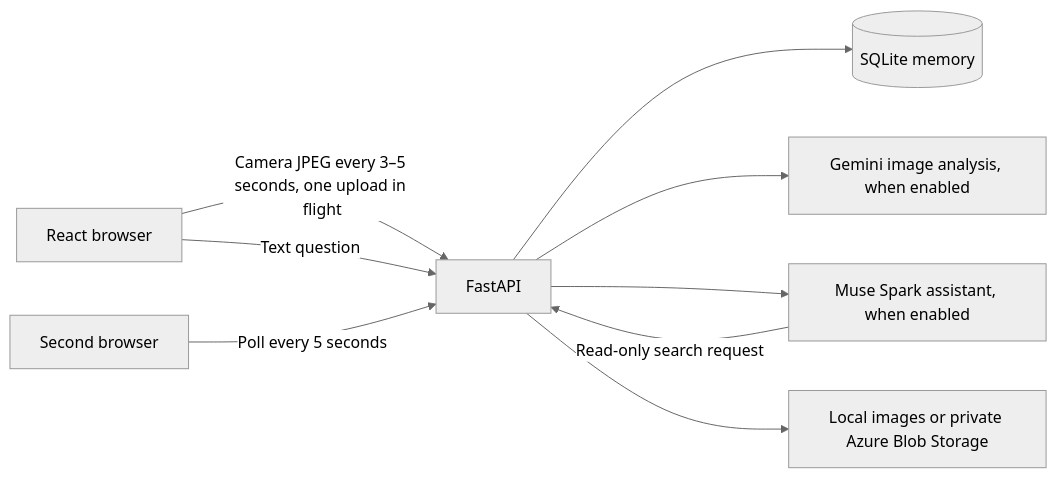
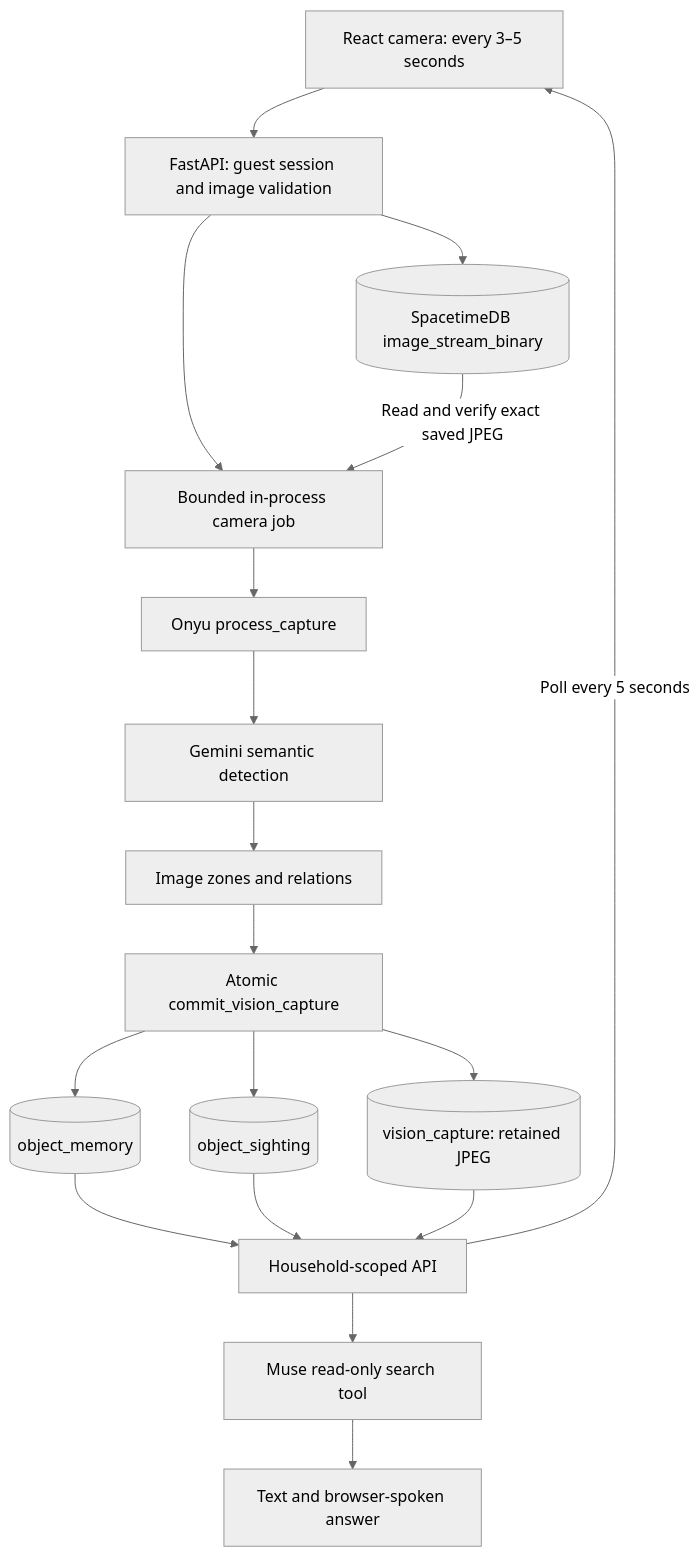
Before and after one commit to preespp/CalHacks_Kyuran_Alex_Pree_Ohn: the diagram in docs/ARCHITECTURE.md, drawn with Mermaid (neutral theme). The commit also changed other lines of this file and 56 other files, not shown here.

````diff
--- a/docs/ARCHITECTURE.md
+++ b/docs/ARCHITECTURE.md
@@ -7,11 +7,20 @@
 ```mermaid
-flowchart LR
-  Phone[React browser] -->|Camera JPEG every 3–5 seconds, one upload in flight| API[FastAPI]
-  API --> DB[(SQLite memory)]
-  API --> Vision[Gemini image analysis, when enabled]
-  Phone -->|Text question| API
-  API --> Agent[Muse Spark assistant, when enabled]
-  Agent -->|Read-only search request| API
-  API --> Storage[Local images or private Azure Blob Storage]
-  Other[Second browser] -->|Poll every 5 seconds| API
+flowchart TD
+  Phone[React camera: every 3–5 seconds] --> API[FastAPI: guest session and image validation]
+  API --> Frames[(SpacetimeDB image_stream_binary)]
+  API --> Job[Bounded in-process camera job]
+  Frames -->|Read and verify exact saved JPEG| Job
+  Job --> Onyu[Onyu process_capture]
+  Onyu --> Gemini[Gemini semantic detection]
+  Gemini --> Spatial[Image zones and relations]
+  Spatial --> Commit[Atomic commit_vision_capture]
+  Commit --> Objects[(object_memory)]
+  Commit --> History[(object_sighting)]
+  Commit --> Images[(vision_capture: retained JPEG)]
+  Objects --> Read[Household-scoped API]
+  History --> Read
+  Images --> Read
+  Read -->|Poll every 5 seconds| Phone
+  Read --> Muse[Muse read-only search tool]
+  Muse --> Reply[Text and browser-spoken answer]
 ```
````
